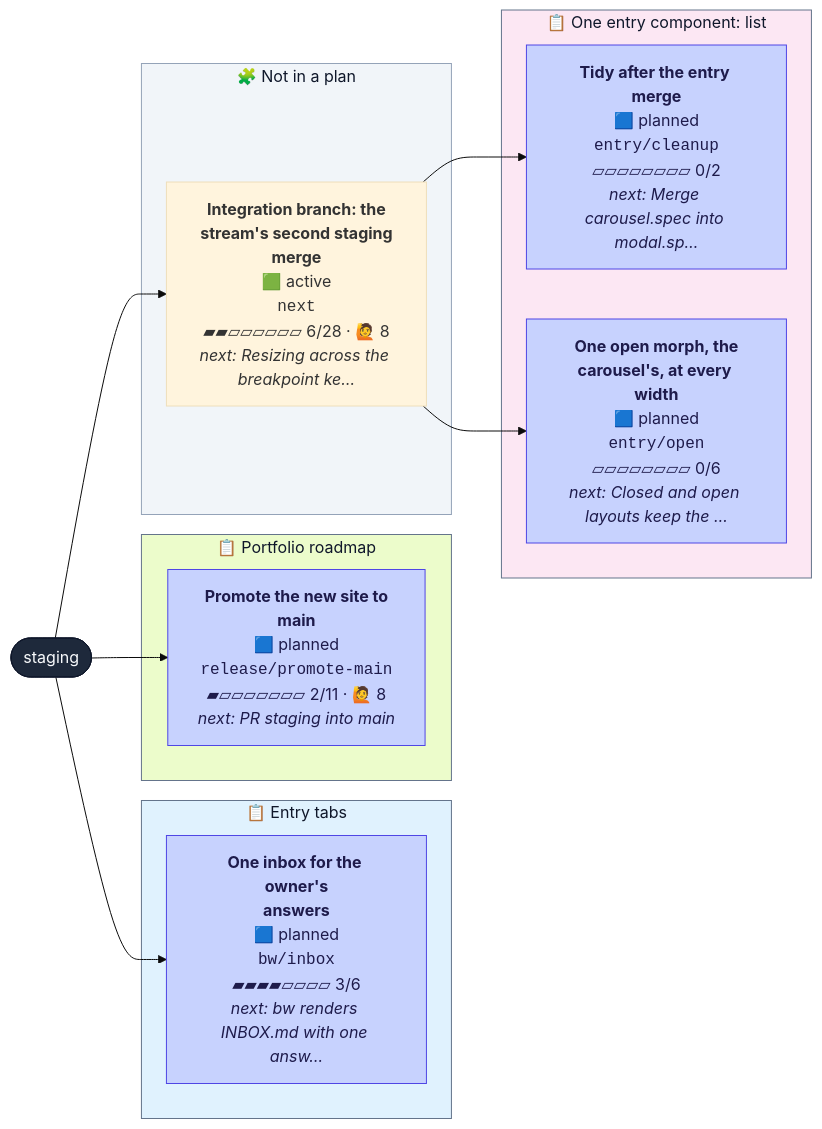
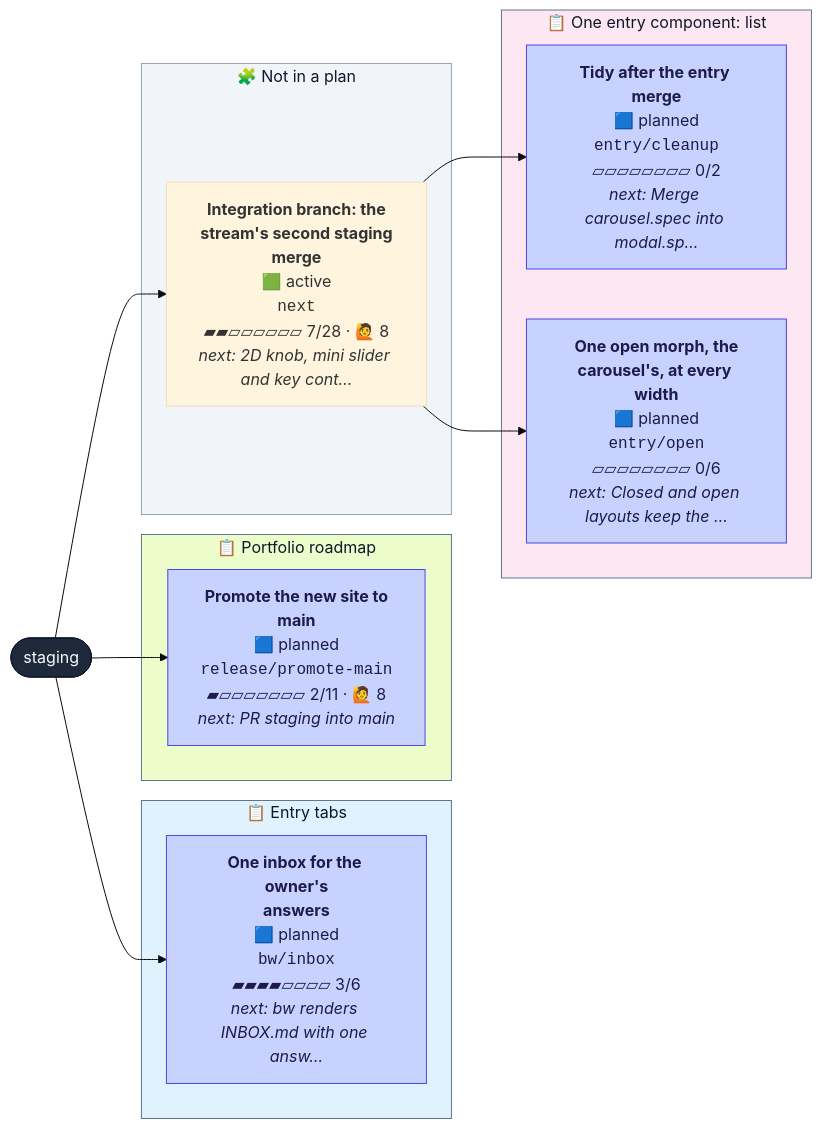
Before and after one commit to henryjonescodes/portfolio: the diagram in CONTRIBUTING.md, drawn with Mermaid (base theme). The commit also changed other lines of this file, not shown here.

````diff
--- a/CONTRIBUTING.md
+++ b/CONTRIBUTING.md
@@ -16,38 +16,38 @@
 ```mermaid
 flowchart LR
   n_staging([staging])
   class n_staging trunk
   subgraph plan_0["📋 Entry tabs"]
     n_bw_inbox["<b>One inbox for the owner's<br/>answers</b><br/>🟦 planned<br/><code>bw/inbox</code><br/>▰▰▰▰▱▱▱▱ 3/6<br/><i>next: bw renders INBOX.md with one answ…</i>"]
     class n_bw_inbox planned
   end
   style plan_0 fill:#e0f2fe,stroke:#64748b,color:#0f172a
   subgraph plan_1["📋 One entry component: list"]
     n_entry_cleanup["<b>Tidy after the entry merge</b><br/>🟦 planned<br/><code>entry/cleanup</code><br/>▱▱▱▱▱▱▱▱ 0/2<br/><i>next: Merge carousel.spec into modal.sp…</i>"]
     class n_entry_cleanup planned
     n_entry_open["<b>One open morph, the<br/>carousel's, at every width</b><br/>🟦 planned<br/><code>entry/open</code><br/>▱▱▱▱▱▱▱▱ 0/6<br/><i>next: Closed and open layouts keep the …</i>"]
     class n_entry_open planned
   end
   style plan_1 fill:#fce7f3,stroke:#64748b,color:#0f172a
   subgraph plan_2["📋 Portfolio roadmap"]
     n_release_promote_main["<b>Promote the new site to<br/>main</b><br/>🟦 planned<br/><code>release/promote-main</code><br/>▰▱▱▱▱▱▱▱ 2/11 · 🙋 8<br/><i>next: PR staging into main</i>"]
     class n_release_promote_main planned
   end
   style plan_2 fill:#ecfccb,stroke:#64748b,color:#0f172a
   subgraph loose["🧩 Not in a plan"]
-    n_next["<b>Integration branch: the<br/>stream's second staging<br/>merge</b><br/>🟩 active<br/><code>next</code><br/>▰▰▱▱▱▱▱▱ 6/28 · 🙋 8<br/><i>next: Resizing across the breakpoint ke…</i>"]
+    n_next["<b>Integration branch: the<br/>stream's second staging<br/>merge</b><br/>🟩 active<br/><code>next</code><br/>▰▰▱▱▱▱▱▱ 7/28 · 🙋 8<br/><i>next: 2D knob, mini slider and key cont…</i>"]
     class n_next active,current
   end
   style loose fill:#f1f5f9,stroke:#94a3b8,color:#0f172a
   n_staging --> n_bw_inbox
   n_next --> n_entry_cleanup
   n_next --> n_entry_open
   n_staging --> n_next
   n_staging --> n_release_promote_main
   classDef planned fill:#c7d2fe,stroke:#4f46e5,color:#1e1b4b
   classDef active fill:#bbf7d0,stroke:#16a34a,stroke-width:3px,color:#052e16
   classDef review fill:#fde68a,stroke:#d97706,stroke-width:3px,color:#451a03
   classDef blocked fill:#fecaca,stroke:#dc2626,stroke-width:3px,color:#450a0a
   classDef trunk fill:#1e293b,stroke:#0f172a,color:#f8fafc
   classDef current stroke:#0ea5e9,stroke-width:5px
 ```
````
